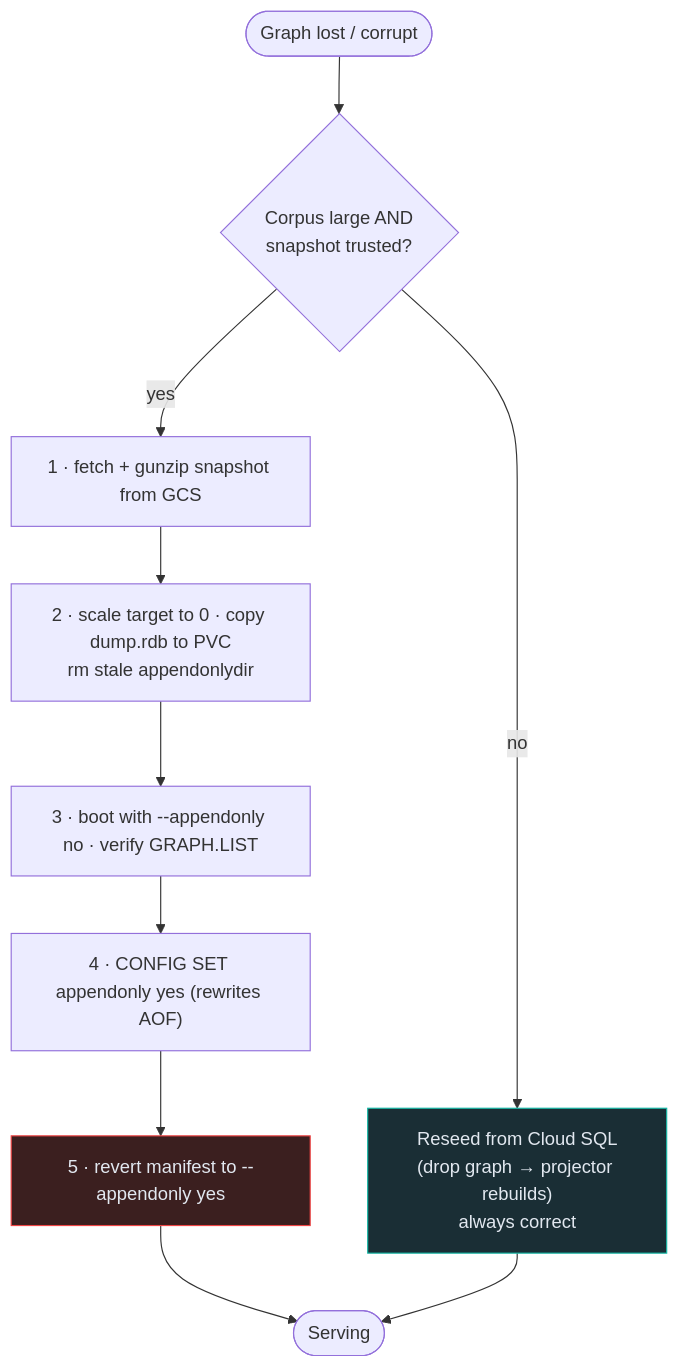
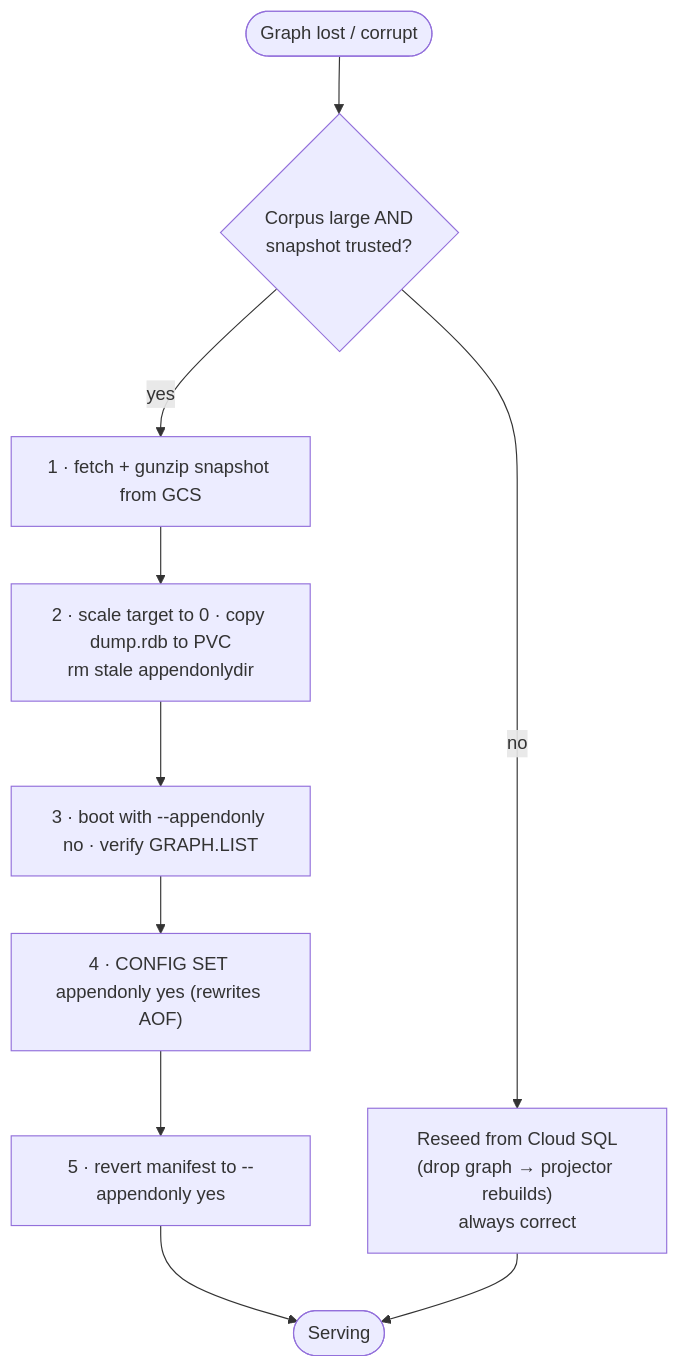
One commit to rkrumins/dataviz changed the diagram in docs/FALKORDB_DR_RUNBOOK.md. Above: the diagram before and after it, drawn with Mermaid. The commit also changed 46 other files, not shown here.

````diff
--- a/docs/FALKORDB_DR_RUNBOOK.md
+++ b/docs/FALKORDB_DR_RUNBOOK.md
@@ -56,14 +56,12 @@
 ```mermaid
 flowchart TD
     START(["Graph lost / corrupt"]) --> Q{"Corpus large AND<br/>snapshot trusted?"}
     Q -->|"no"| RESEED["Reseed from Cloud SQL<br/>(drop graph → projector rebuilds)<br/>always correct"]
     Q -->|"yes"| F1["1 · fetch + gunzip snapshot from GCS"]
     F1 --> F2["2 · scale target to 0 · copy dump.rdb to PVC<br/>rm stale appendonlydir"]
     F2 --> F3["3 · boot with --appendonly no · verify GRAPH.LIST"]
     F3 --> F4["4 · CONFIG SET appendonly yes (rewrites AOF)"]
     F4 --> F5["5 · revert manifest to --appendonly yes"]
     F5 --> DONE(["Serving"])
     RESEED --> DONE
-    style RESEED fill:#1a2e35,stroke:#14b8a6,color:#e2e8f0
-    style F5 fill:#3b1f1f,stroke:#ef4444,color:#e2e8f0
 ```
````
